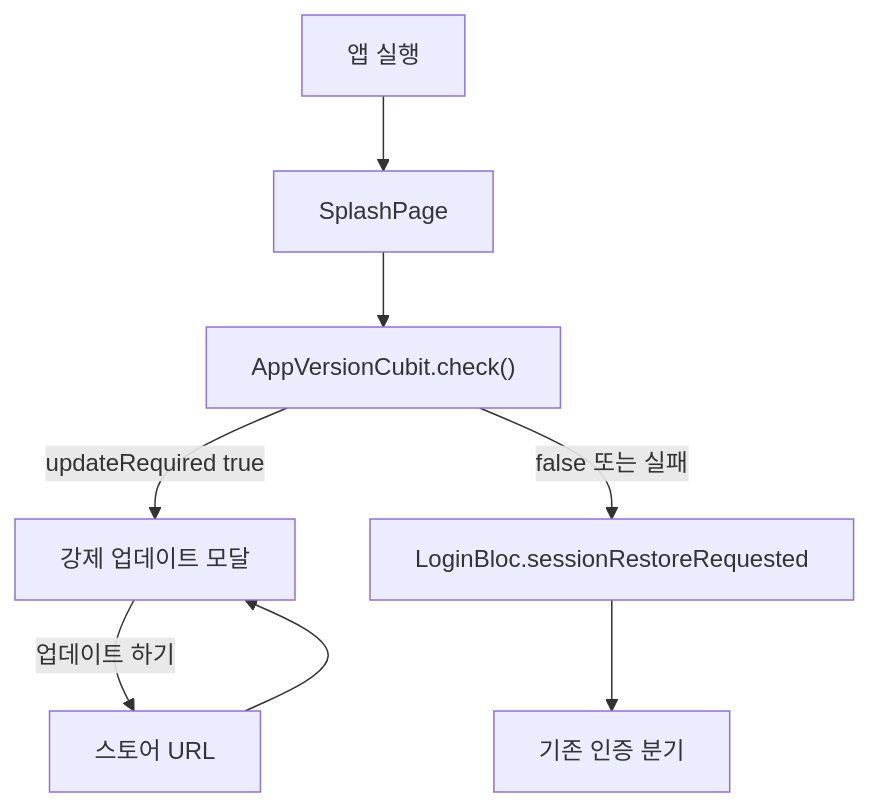
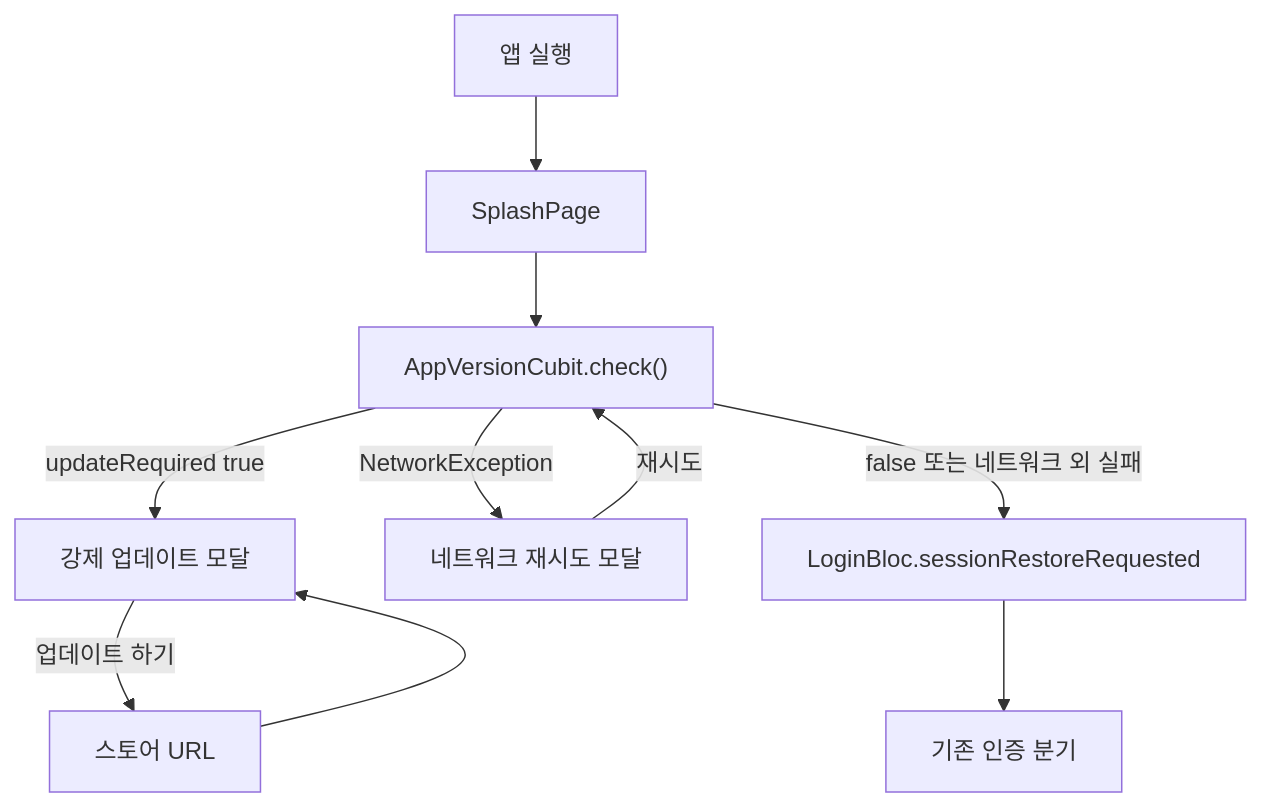
One commit to Central-MakeUs/ssoss-client changed the diagram in ssoss_flutter/docs/specs/app_version/tdd.md. Above: the diagram before and after it, drawn with Mermaid. The commit also changed other lines of this file and 36 other files, not shown here.

````diff
--- a/ssoss_flutter/docs/specs/app_version/tdd.md
+++ b/ssoss_flutter/docs/specs/app_version/tdd.md
@@ -45,10 +46,12 @@
 ```mermaid
 flowchart TD
   Start[앱 실행] --> Splash[SplashPage]
   Splash --> Check["AppVersionCubit.check()"]
   Check -->|updateRequired true| Modal[강제 업데이트 모달]
   Modal -->|업데이트 하기| Store[스토어 URL]
   Store --> Modal
-  Check -->|false 또는 실패| Restore["LoginBloc.sessionRestoreRequested"]
+  Check -->|NetworkException| NetModal[네트워크 재시도 모달]
+  NetModal -->|재시도| Check
+  Check -->|false 또는 네트워크 외 실패| Restore["LoginBloc.sessionRestoreRequested"]
   Restore --> AuthFlow[기존 인증 분기]
 ```
````
